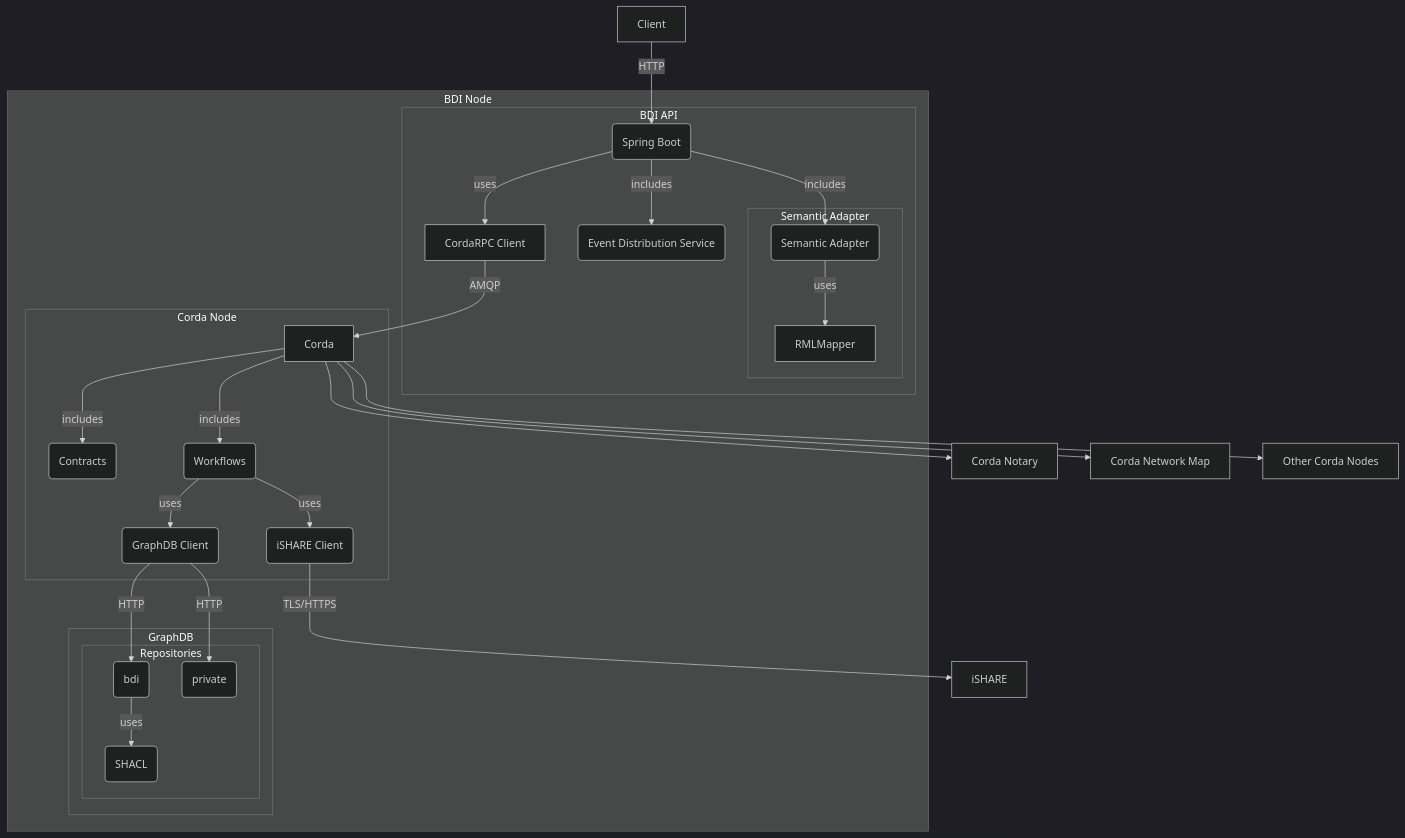
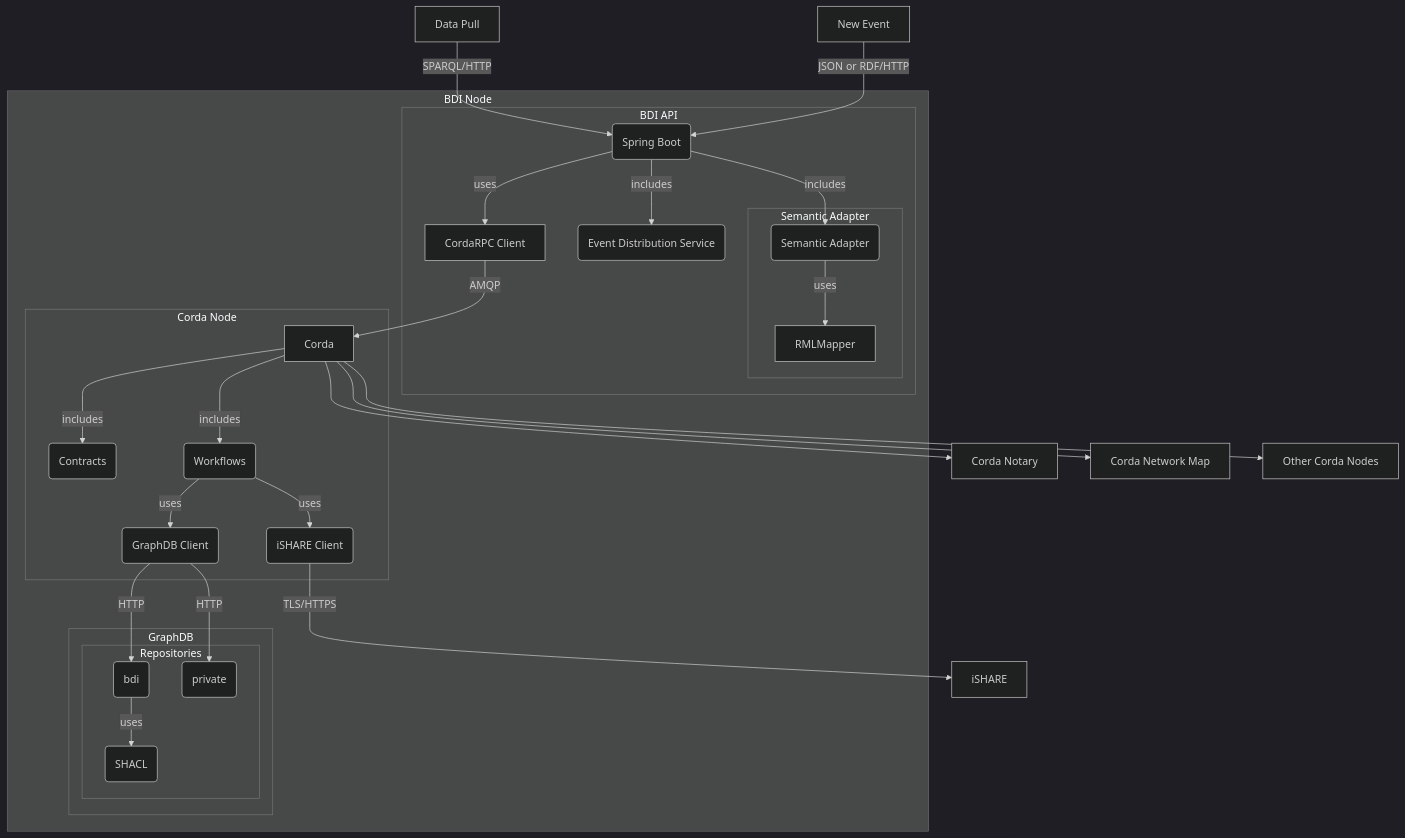
Before and after one commit to federatedplatforms/FEDeRATED-BDI: the diagram in docs/README.md, drawn with Mermaid (dark theme).

Commit message:
more work on the images

````diff
--- a/docs/README.md
+++ b/docs/README.md
@@ -7,32 +7,33 @@
 ```mermaid
 graph TD
-    CLIENT[Client] -- HTTP --> API
+    DataPull[Data Pull] -- SPARQL/HTTP --> API
+    PublishEvent[New Event] -- JSON or RDF/HTTP --> API
         subgraph BDI Node
             subgraph api[BDI API]
             API(Spring Boot) -- includes --> SEM(Semantic Adapter)
             API -- includes --> EventDistribution(Event Distribution Service)
             subgraph Semantic Adapter
             SEM -- uses --> RMLMapper
             end
             API -- uses --> CordaRPC[CordaRPC Client]
             end
             CordaRPC -- AMQP --> CORDA[Corda]
             subgraph Corda Node [Corda Node]
                 CORDA -- includes --> Contracts(Contracts)
                 CORDA -- includes --> Workflows(Workflows)
                 Workflows -- uses --> iSHARE(iSHARE Client)
                 Workflows -- uses --> GRAPHDB(GraphDB Client)
             end
             subgraph GraphDB
                 subgraph Repositories
                     GRAPHDB -- HTTP --> BDI(bdi)
                     GRAPHDB -- HTTP --> PRIVATE(private)
                     BDI -- uses --> SHACL(SHACL)
                 end
             end
         end
     CORDA --> Notary[Corda Notary]
     CORDA --> NetworkMap[Corda Network Map]
     CORDA --> OtherCorda[Other Corda Nodes]    
     iSHARE -- TLS/HTTPS --> ISHARE[iSHARE]
 ```
````
